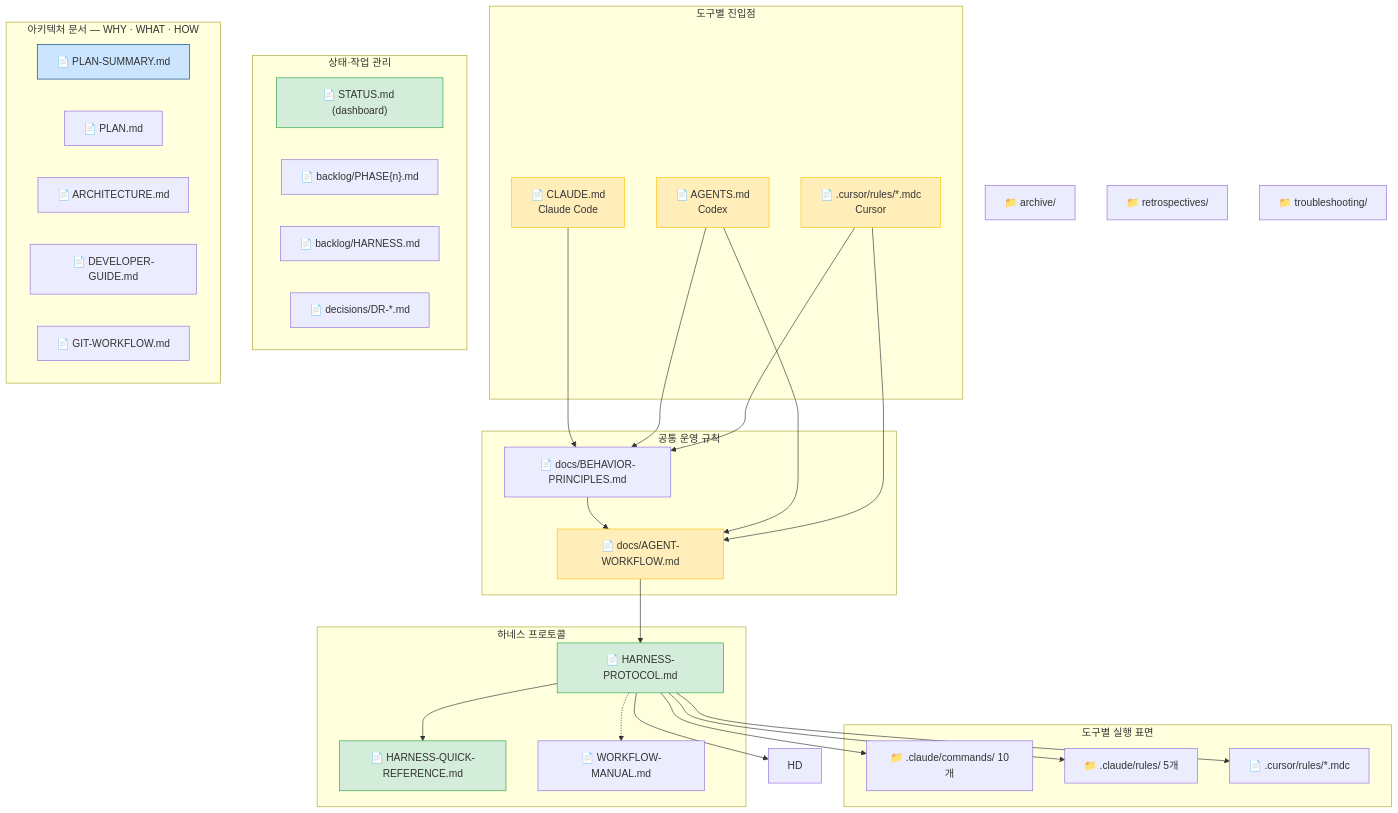
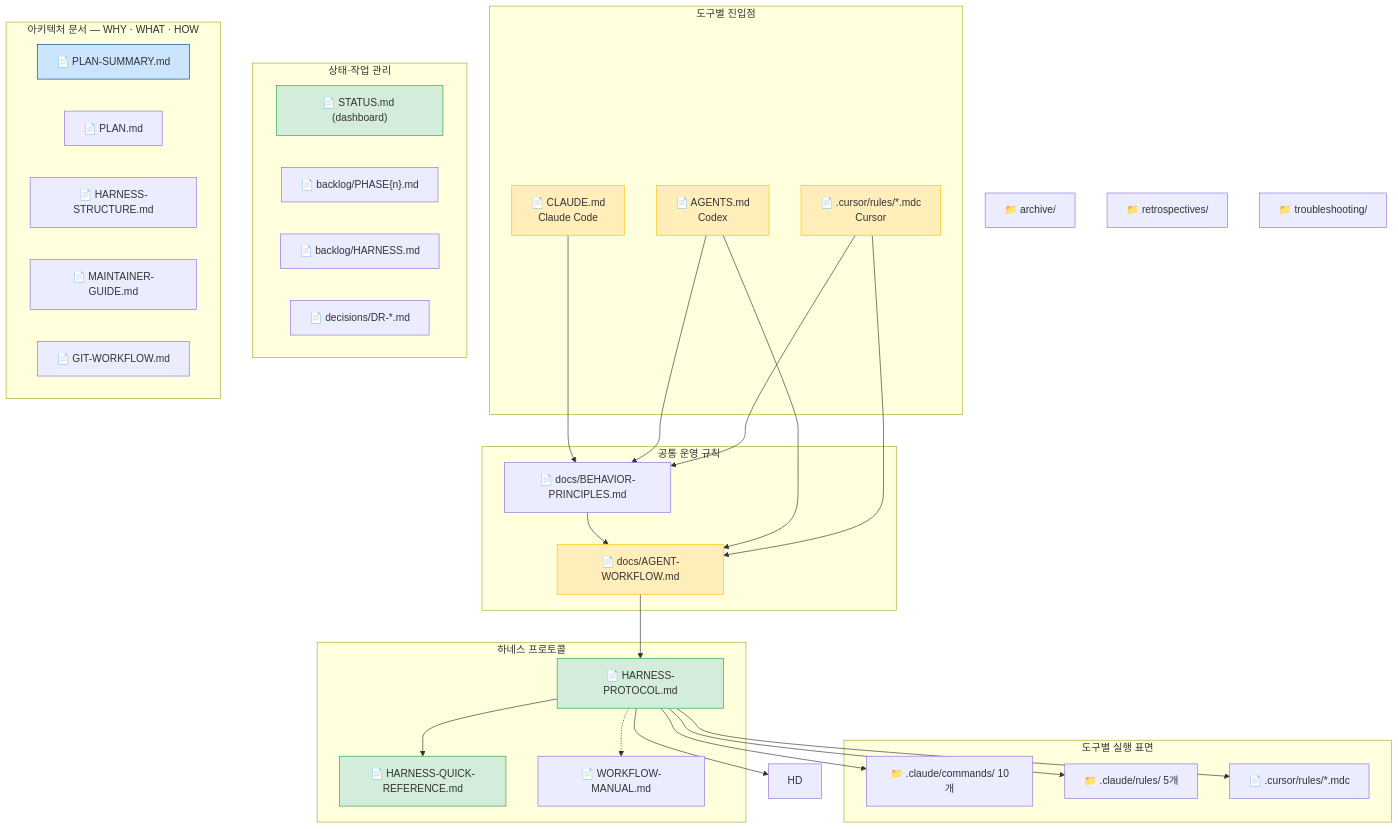
The fifth of 14 diagrams in docs/WORKFLOW-MANUAL.md (kyungseo/ai-workflow-harness), drawn with Mermaid before and after one commit. The commit also changed other lines of this file and 15 other files, not shown here.

First line of the commit message:
refactor: ARCHITECTURE/DEVELOPER-GUIDE/CODING-CONVENTIONS → harness identity 명칭 정비

````diff
--- a/docs/WORKFLOW-MANUAL.md
+++ b/docs/WORKFLOW-MANUAL.md
@@ -219,66 +219,66 @@
 ```mermaid
 graph TD
     subgraph ENTRY ["도구별 진입점"]
         CR["📄 CLAUDE.md\nClaude Code"]
         AG["📄 AGENTS.md\nCodex"]
         CU["📄 .cursor/rules/*.mdc\nCursor"]
     end
 
     subgraph SHARED ["공통 운영 규칙"]
         BP["📄 docs/BEHAVIOR-PRINCIPLES.md"]
         CD["📄 docs/AGENT-WORKFLOW.md"]
     end
 
     subgraph HARNESS ["하네스 프로토콜"]
         HP["📄 HARNESS-PROTOCOL.md"]
         HQ["📄 HARNESS-QUICK-REFERENCE.md"]
         WM["📄 WORKFLOW-MANUAL.md"]
     end
 
     subgraph TOOLS ["도구별 실행 표면"]
         CMD["📁 .claude/commands/ 10개"]
         RULE["📁 .claude/rules/ 5개"]
         CUR_R["📄 .cursor/rules/*.mdc"]
     end
 
     subgraph LIVE ["상태·작업 관리"]
         ST["📄 STATUS.md (dashboard)"]
         BL["📄 backlog/PHASE{n}.md"]
         HB["📄 backlog/HARNESS.md"]
         DR_N["📄 decisions/DR-*.md"]
     end
 
     subgraph ADOCS ["아키텍처 문서 — WHY · WHAT · HOW"]
         PS["📄 PLAN-SUMMARY.md"]
         PL["📄 PLAN.md"]
-        AR["📄 ARCHITECTURE.md"]
-        DG["📄 DEVELOPER-GUIDE.md"]
+        AR["📄 HARNESS-STRUCTURE.md"]
+        DG["📄 MAINTAINER-GUIDE.md"]
         GW["📄 GIT-WORKFLOW.md"]
     end
 
     ARC2["📁 archive/"]
     RETRO2["📁 retrospectives/"]
     TROUBLE2["📁 troubleshooting/"]
 
     CR --> BP --> CD
     AG --> BP
     AG --> CD
     CU --> BP
     CU --> CD
     CD --> HP
     HP --> HQ
     HP --> HD
     HP --> CMD
     HP --> RULE
     HP --> CUR_R
     HP -.-> WM
 
     style CR fill:#ffeeba,stroke:#ffc107
     style AG fill:#ffeeba,stroke:#ffc107
     style CU fill:#ffeeba,stroke:#ffc107
     style CD fill:#ffeeba,stroke:#ffc107
     style ST fill:#d4edda,stroke:#28a745
     style HP fill:#d4edda,stroke:#28a745
     style HQ fill:#d4edda,stroke:#28a745
     style PS fill:#cce5ff,stroke:#004085
 ```
````
